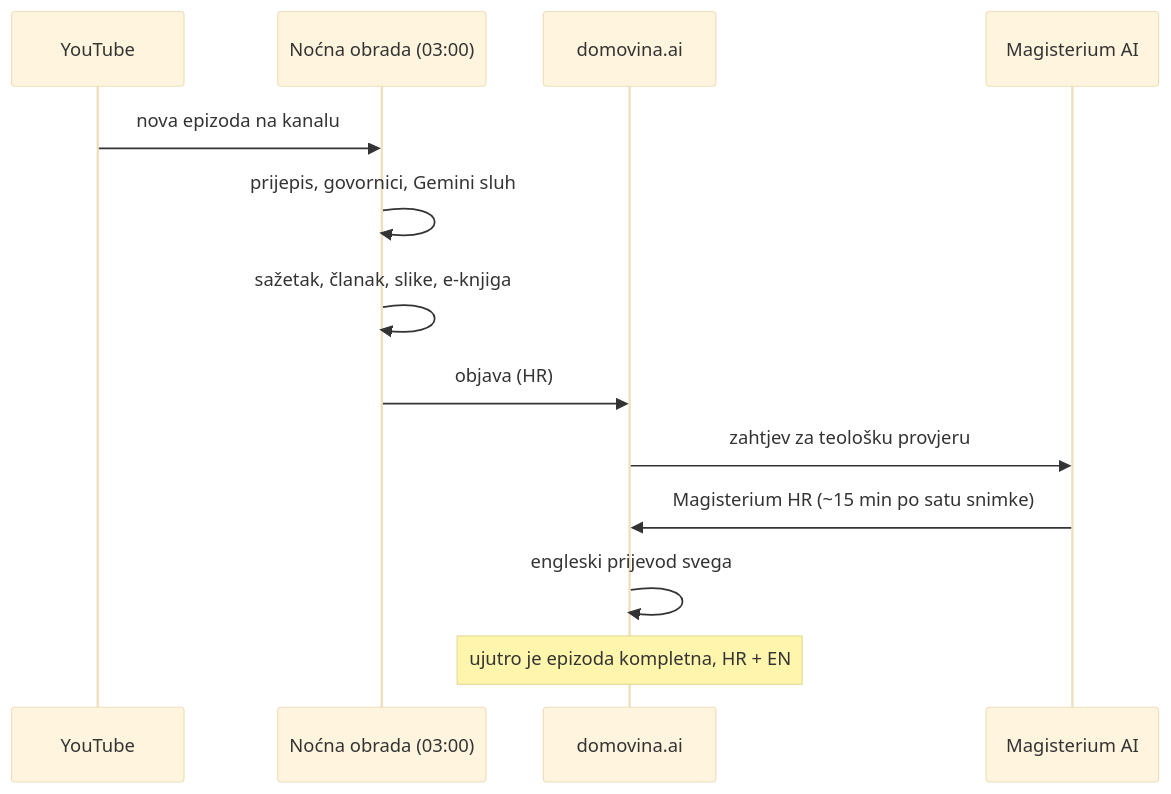
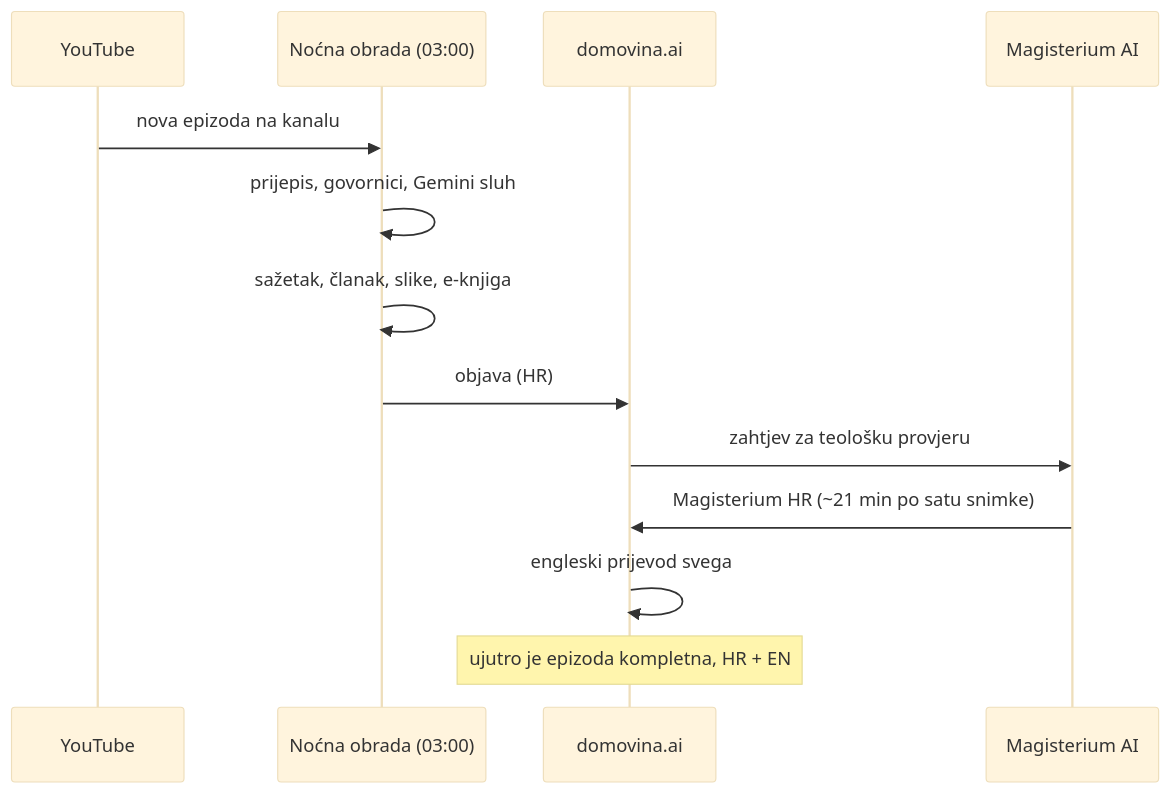
The second of 3 diagrams in docs/2026-10-27-ora-et-labora-obrada-epizode.md (domovinatv/fetch.domovina.tv), drawn with Mermaid (base theme) before and after one commit. The commit also changed other lines of this file and 1 other file, not shown here.

First line of the commit message:
docs(ora-et-labora): stvarna vremena Magisterium HR i EN; plan agy fallbacka za Vertex 429

````diff
--- a/docs/2026-10-27-ora-et-labora-obrada-epizode.md
+++ b/docs/2026-10-27-ora-et-labora-obrada-epizode.md
@@ -73,15 +74,15 @@
 ```mermaid
 sequenceDiagram
     participant YT as YouTube
     participant N as Noćna obrada (03:00)
     participant D as domovina.ai
     participant M as Magisterium AI
     YT->>N: nova epizoda na kanalu
     N->>N: prijepis, govornici, Gemini sluh
     N->>N: sažetak, članak, slike, e-knjiga
     N->>D: objava (HR)
     D->>M: zahtjev za teološku provjeru
-    M->>D: Magisterium HR (~15 min po satu snimke)
+    M->>D: Magisterium HR (~21 min po satu snimke)
     D->>D: engleski prijevod svega
     Note over D: ujutro je epizoda kompletna, HR + EN
 ```
````
